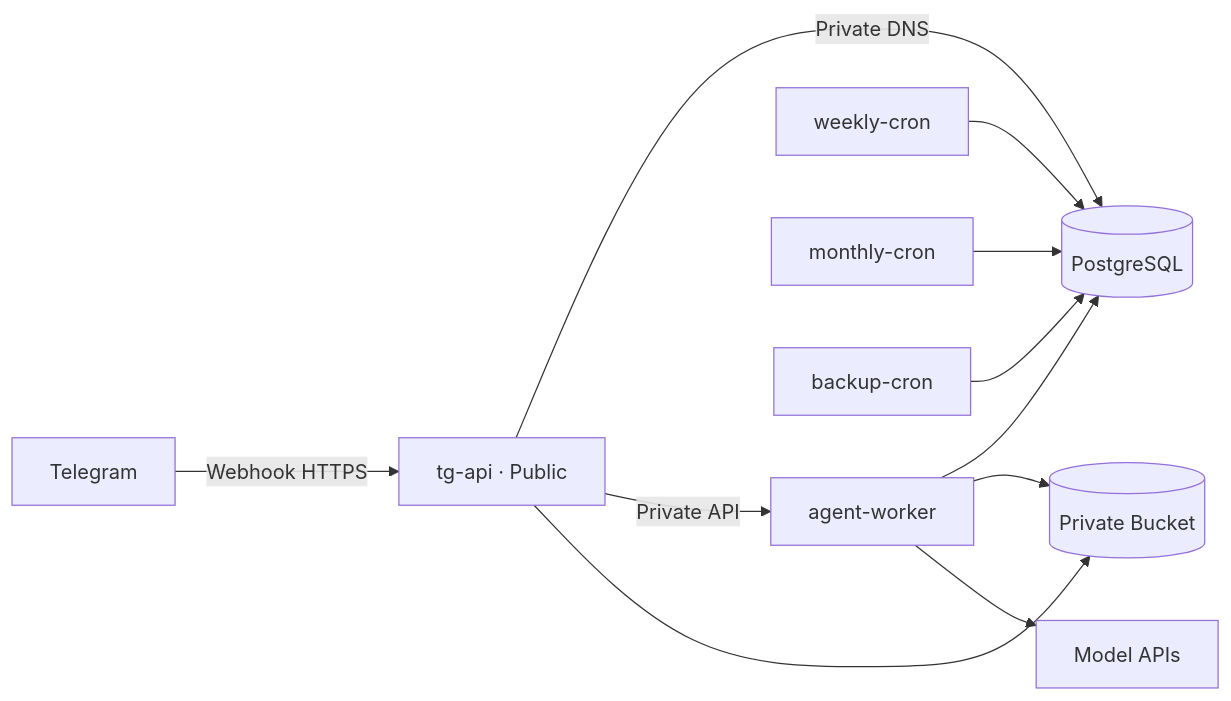
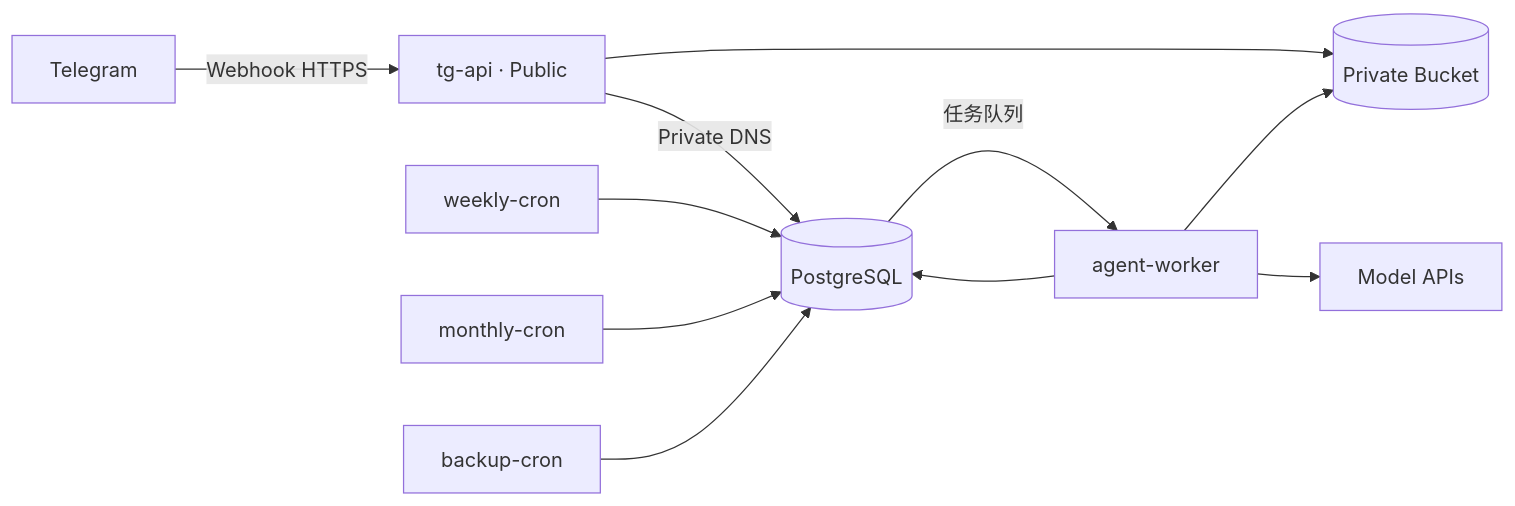
One commit to f094spec2-netizen/talent_evaluate changed the diagram in docs/deployment/railway.md. Above: the diagram before and after it, drawn with Mermaid. The commit also changed other lines of this file and 40 other files, not shown here.

````diff
--- a/docs/deployment/railway.md
+++ b/docs/deployment/railway.md
@@ -5,13 +7,13 @@
 ```mermaid
 flowchart LR
     TG[Telegram] -->|Webhook HTTPS| API[tg-api · Public]
     API -->|Private DNS| DB[(PostgreSQL)]
-    API -->|Private API| WORKER[agent-worker]
+    DB -->|任务队列| WORKER[agent-worker]
     API --> BUCKET[(Private Bucket)]
     WORKER --> DB
     WORKER --> BUCKET
     WORKER --> MODEL[Model APIs]
     CRON1[weekly-cron] --> DB
     CRON2[monthly-cron] --> DB
     CRON3[backup-cron] --> DB
 ```
````
